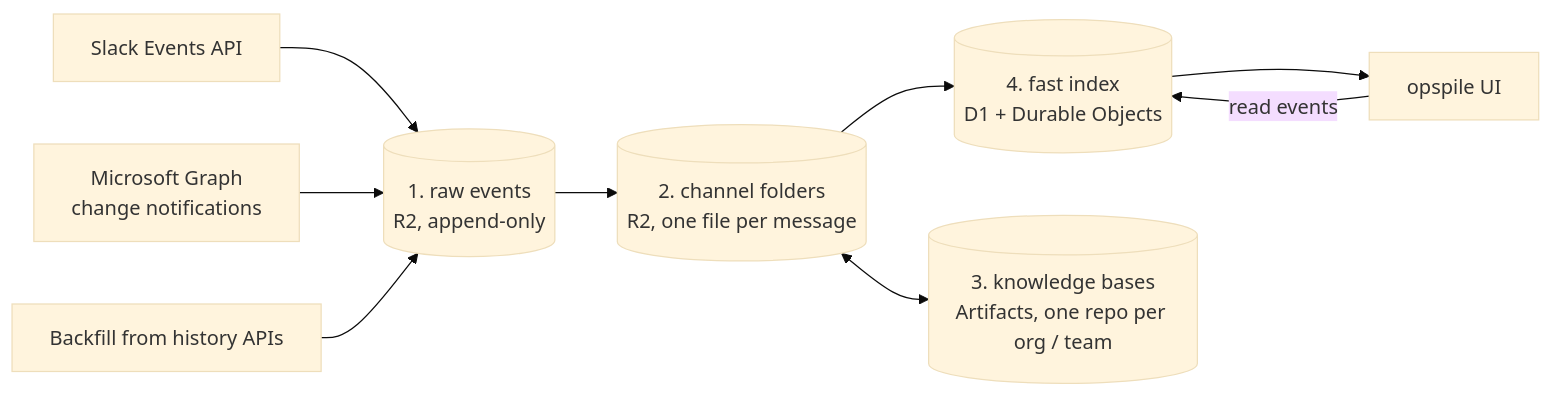
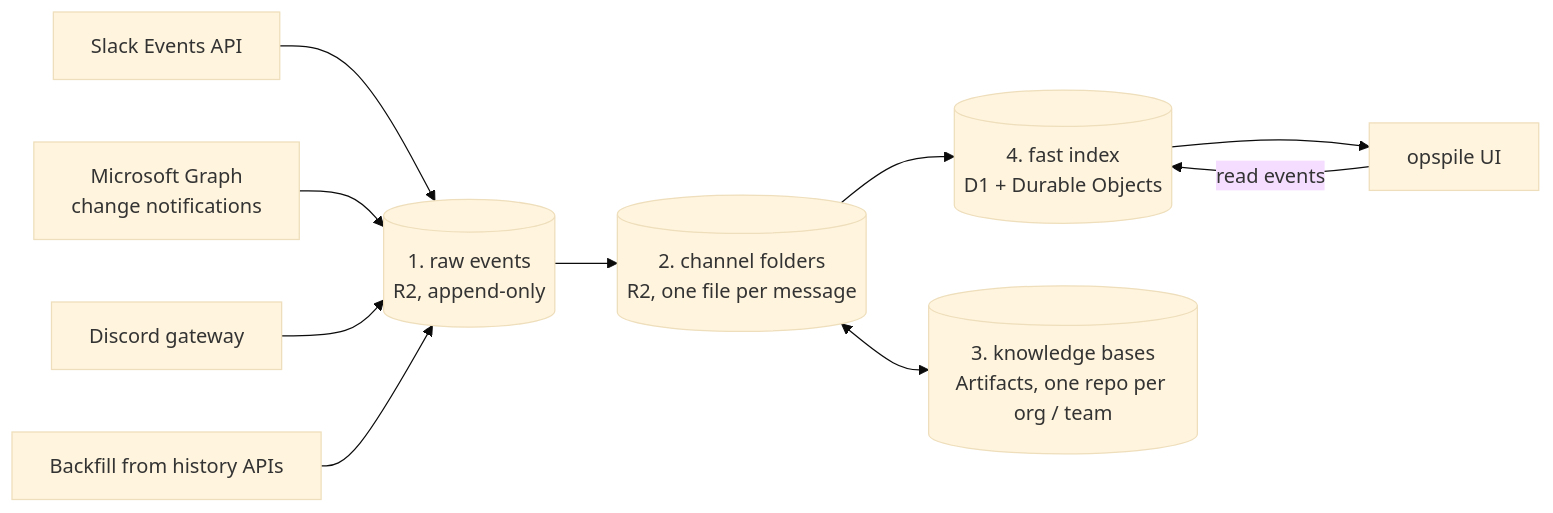
One commit to adobe/helix-opspile changed the diagram in docs/ARCHITECTURE.md. Above: the diagram before and after it, drawn with Mermaid (base theme). The commit also changed other lines of this file and 32 other files, not shown here.

````diff
--- a/docs/ARCHITECTURE.md
+++ b/docs/ARCHITECTURE.md
@@ -18,11 +18,12 @@
 ```mermaid
 flowchart LR
   S[Slack Events API] --> R
   T[Microsoft Graph<br/>change notifications] --> R
+  D[Discord gateway] --> R
   B[Backfill from history APIs] --> R
   R[(1. raw events<br/>R2, append-only)] --> C
   C[(2. channel folders<br/>R2, one file per message)] --> I
   C <--> K[(3. knowledge bases<br/>Artifacts, one repo per org / team)]
   I[(4. fast index<br/>D1 + Durable Objects)] --> UI[opspile UI]
   UI -- read events --> I
 ```
````
